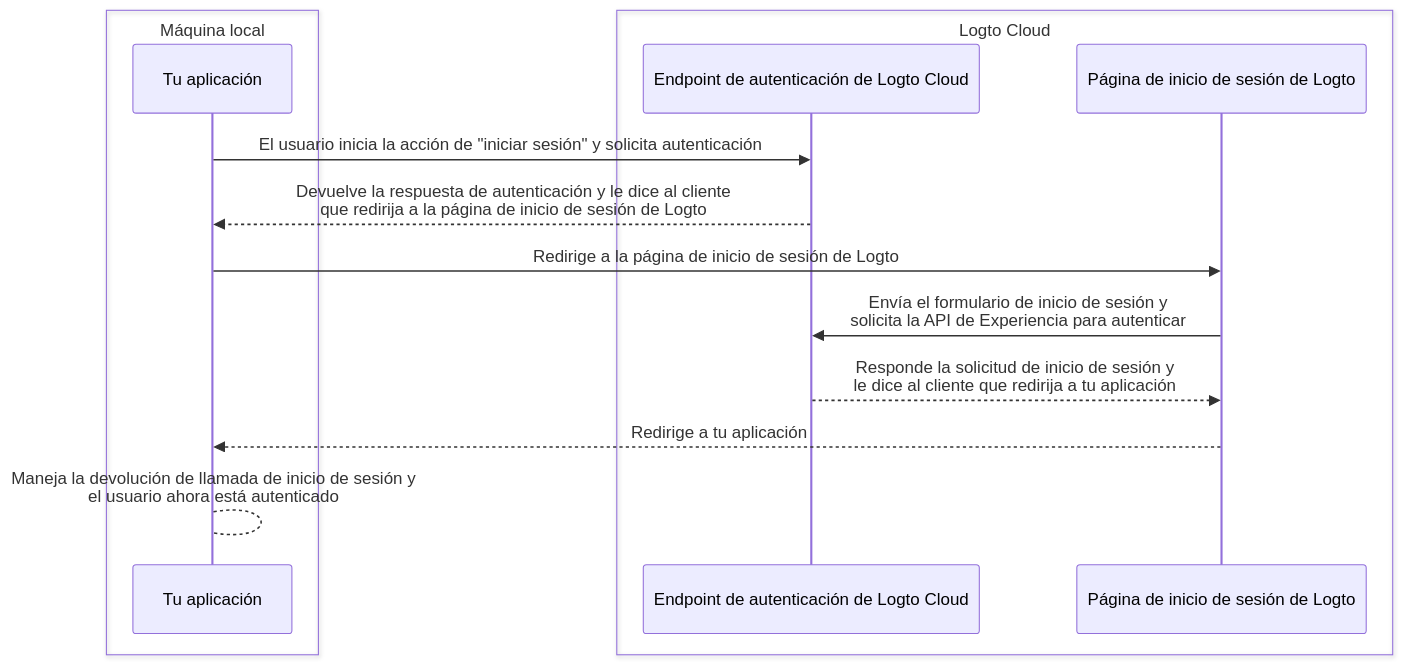
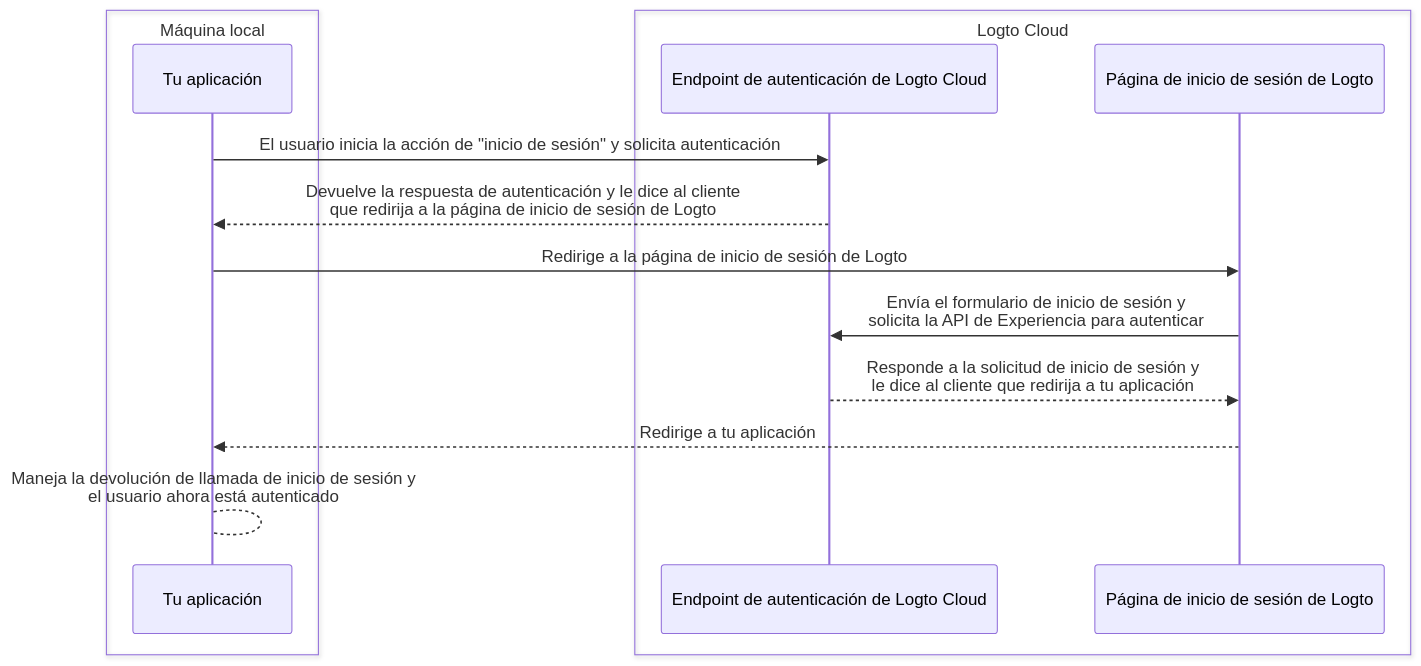
Before and after one commit to logto-io/docs: the first of 2 diagrams in i18n/es/docusaurus-plugin-content-docs/current/customization/bring-your-ui/debug-and-test-your-custom-ui-locally.mdx, drawn with Mermaid. The commit also changed other lines of this file and 234 other files, not shown here.

````diff
--- a/i18n/es/docusaurus-plugin-content-docs/current/customization/bring-your-ui/debug-and-test-your-custom-ui-locally.mdx
+++ b/i18n/es/docusaurus-plugin-content-docs/current/customization/bring-your-ui/debug-and-test-your-custom-ui-locally.mdx
@@ -18,17 +18,17 @@
 ```mermaid
 sequenceDiagram
     box Máquina local
     participant A as Tu aplicación
     end
     box Logto Cloud
     participant B as Endpoint de autenticación de Logto Cloud
     participant C as Página de inicio de sesión de Logto
     end
-    A ->> B: El usuario inicia la acción de "iniciar sesión" y solicita autenticación
+    A ->> B: El usuario inicia la acción de "inicio de sesión" y solicita autenticación
     B -->> A: Devuelve la respuesta de autenticación y le dice al cliente<br/>que redirija a la página de inicio de sesión de Logto
     A ->> C: Redirige a la página de inicio de sesión de Logto
     C ->> B: Envía el formulario de inicio de sesión y<br/>solicita la API de Experiencia para autenticar
-    B -->> C: Responde la solicitud de inicio de sesión y<br/>le dice al cliente que redirija a tu aplicación
+    B -->> C: Responde a la solicitud de inicio de sesión y<br/>le dice al cliente que redirija a tu aplicación
     C -->> A: Redirige a tu aplicación
     A --> A: Maneja la devolución de llamada de inicio de sesión y<br/>el usuario ahora está autenticado
 ```
````
